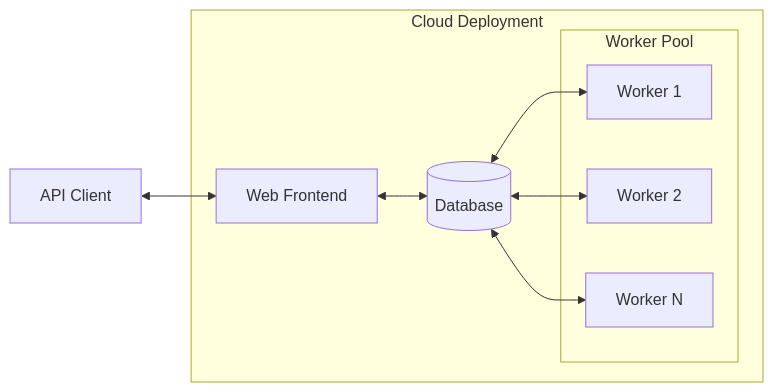
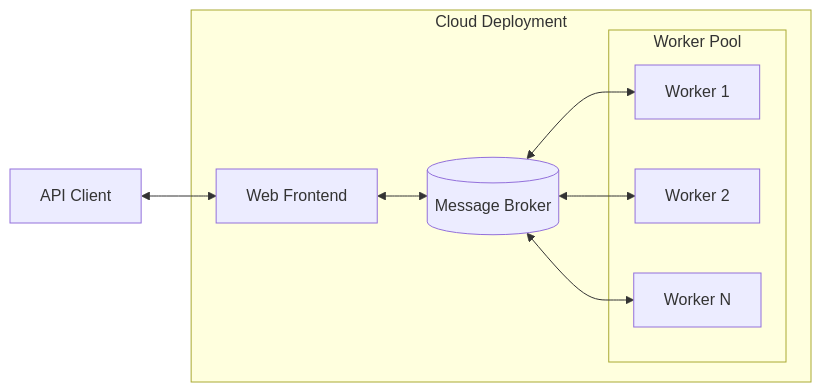
The diagram in README.md (NREL/boptest-service), drawn with Mermaid before and after one commit. The commit also changed other lines of this file, not shown here.

````diff
--- a/README.md
+++ b/README.md
@@ -7,15 +9,15 @@
 ```mermaid
 flowchart LR
     A[API Client] <--> B[Web Frontend]
     subgraph cloud [Cloud Deployment]
-            B <--> C[(Database)]
+            B <--> C[(Message Broker)]
             C <--> D[Worker 1]
             C <--> E[Worker 2]
             C <--> F[Worker N]
         subgraph workers [Worker Pool]
             D
             E
             F
         end
     end
 ```
````
